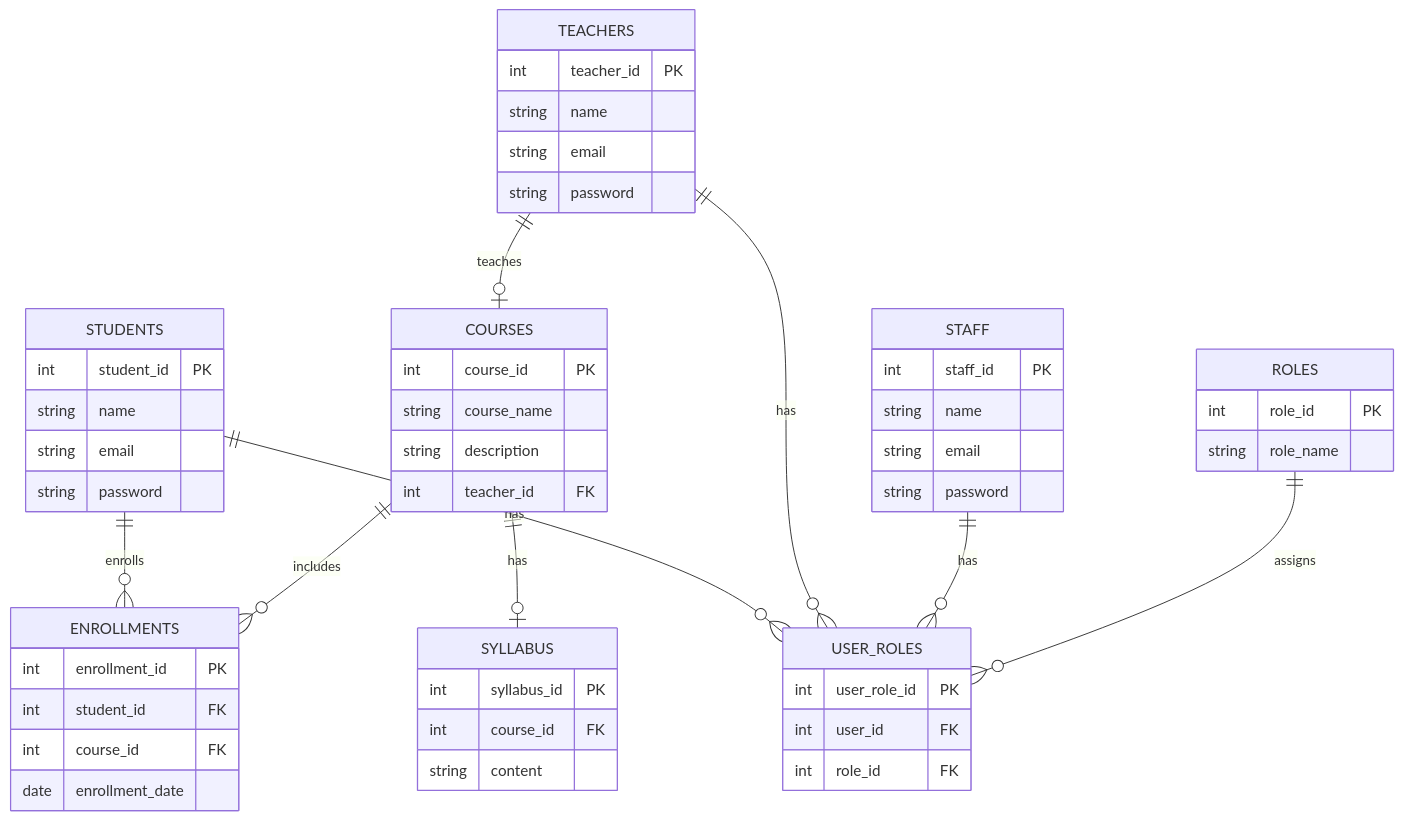
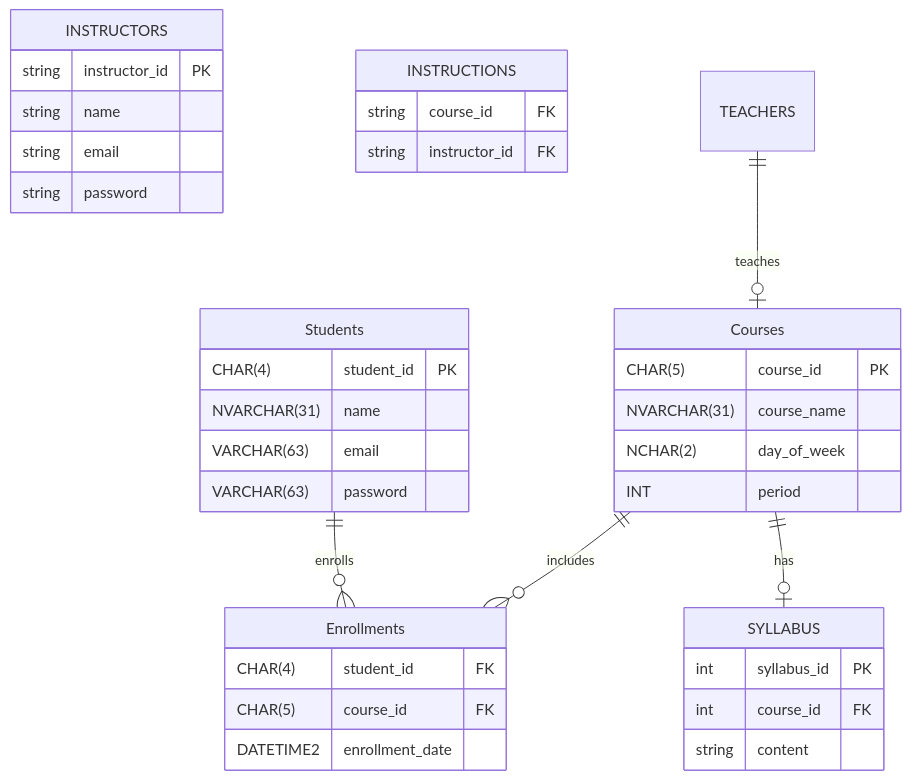
One commit to takayanag-i/classroomApp changed the diagram in docs/ER-diagram.md. Above: the diagram before and after it, drawn with Mermaid. The commit also changed 8 other files, not shown here.

````diff
--- a/docs/ER-diagram.md
+++ b/docs/ER-diagram.md
@@ -1,63 +1,45 @@
 ```mermaid
 erDiagram
-    STUDENTS {
-        int student_id PK
+    Students {
+        CHAR(4) student_id PK
+        NVARCHAR(31) name
+        VARCHAR(63) email
+        VARCHAR(63) password
+    }
+    
+    INSTRUCTORS {
+        string instructor_id PK
         string name
         string email
         string password
     }
-    
-    TEACHERS {
-        int teacher_id PK
-        string name
-        string email
-        string password
+        
+    Courses {
+        CHAR(5) course_id PK
+        NVARCHAR(31) course_name
+        NCHAR(2) day_of_week
+        INT period
     }
     
-    STAFF {
-        int staff_id PK
-        string name
-        string email
-        string password
+    Enrollments {
+        CHAR(4) student_id FK
+        CHAR(5) course_id FK
+        DATETIME2 enrollment_date
     }
-    
-    COURSES {
-        int course_id PK
-        string course_name
-        string description
-        int teacher_id FK
-    }
-    
-    ENROLLMENTS {
-        int enrollment_id PK
-        int student_id FK
-        int course_id FK
-        date enrollment_date
+
+    INSTRUCTIONS {
+        string course_id FK
+        string instructor_id FK
     }
     
     SYLLABUS {
         int syllabus_id PK
         int course_id FK
         string content
     }
     
-    ROLES {
-        int role_id PK
-        string role_name
-    }
-    
-    USER_ROLES {
-        int user_role_id PK
-        int user_id FK
-        int role_id FK
-    }
-    
-    STUDENTS ||--o{ ENROLLMENTS : enrolls
-    COURSES ||--o{ ENROLLMENTS : includes
-    TEACHERS ||--o| COURSES : teaches
-    COURSES ||--o| SYLLABUS : has
-    STUDENTS ||--o{ USER_ROLES : has
-    TEACHERS ||--o{ USER_ROLES : has
-    STAFF ||--o{ USER_ROLES : has
-    ROLES ||--o{ USER_ROLES : assigns
+    Students ||--o{ Enrollments : enrolls
+    Courses ||--o{ Enrollments : includes
+    TEACHERS ||--o| Courses : teaches
+    Courses ||--o| SYLLABUS : has
 ```
````
